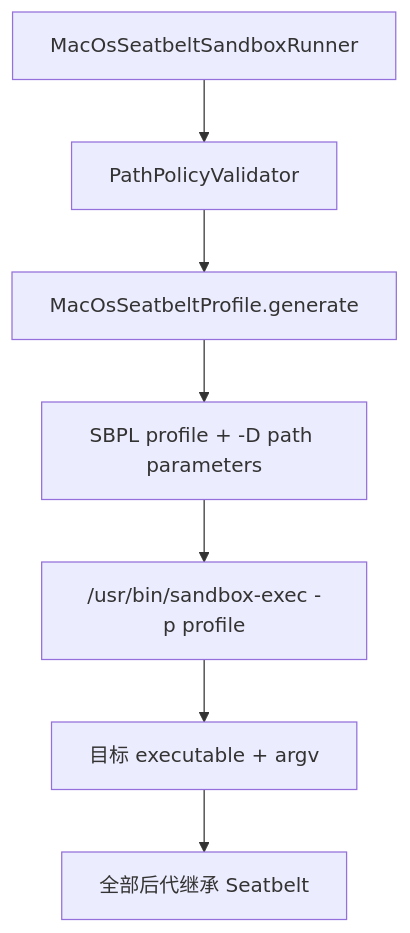
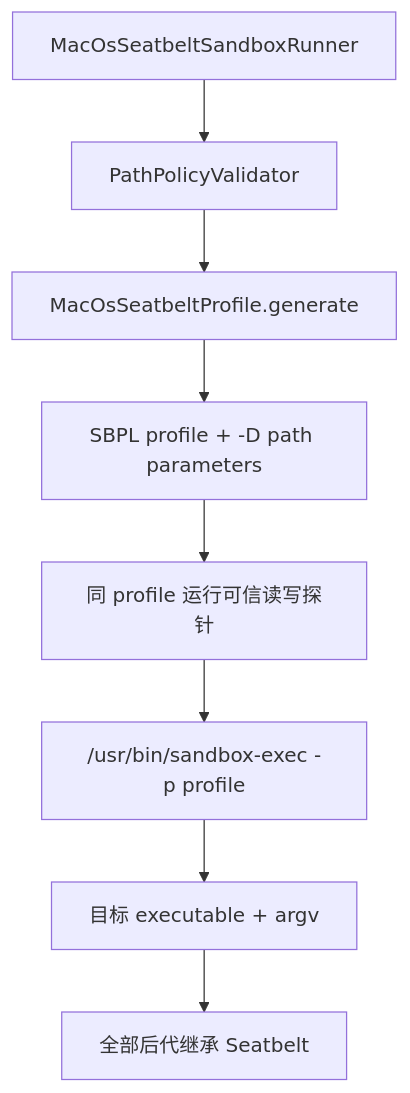
The diagram in docs/platforms/macos.md (umuo/sandbox-demo), drawn with Mermaid before and after one commit. The commit also changed other lines of this file and 21 other files, not shown here.

````diff
--- a/docs/platforms/macos.md
+++ b/docs/platforms/macos.md
@@ -7,9 +7,10 @@
 ```mermaid
 flowchart TD
     A["MacOsSeatbeltSandboxRunner"] --> B["PathPolicyValidator"]
     B --> C["MacOsSeatbeltProfile.generate"]
     C --> D["SBPL profile + -D path parameters"]
-    D --> E["/usr/bin/sandbox-exec -p profile"]
-    E --> F["目标 executable + argv"]
-    F --> G["全部后代继承 Seatbelt"]
+    D --> E["同 profile 运行可信读写探针"]
+    E --> F["/usr/bin/sandbox-exec -p profile"]
+    F --> G["目标 executable + argv"]
+    G --> H["全部后代继承 Seatbelt"]
 ```
````
